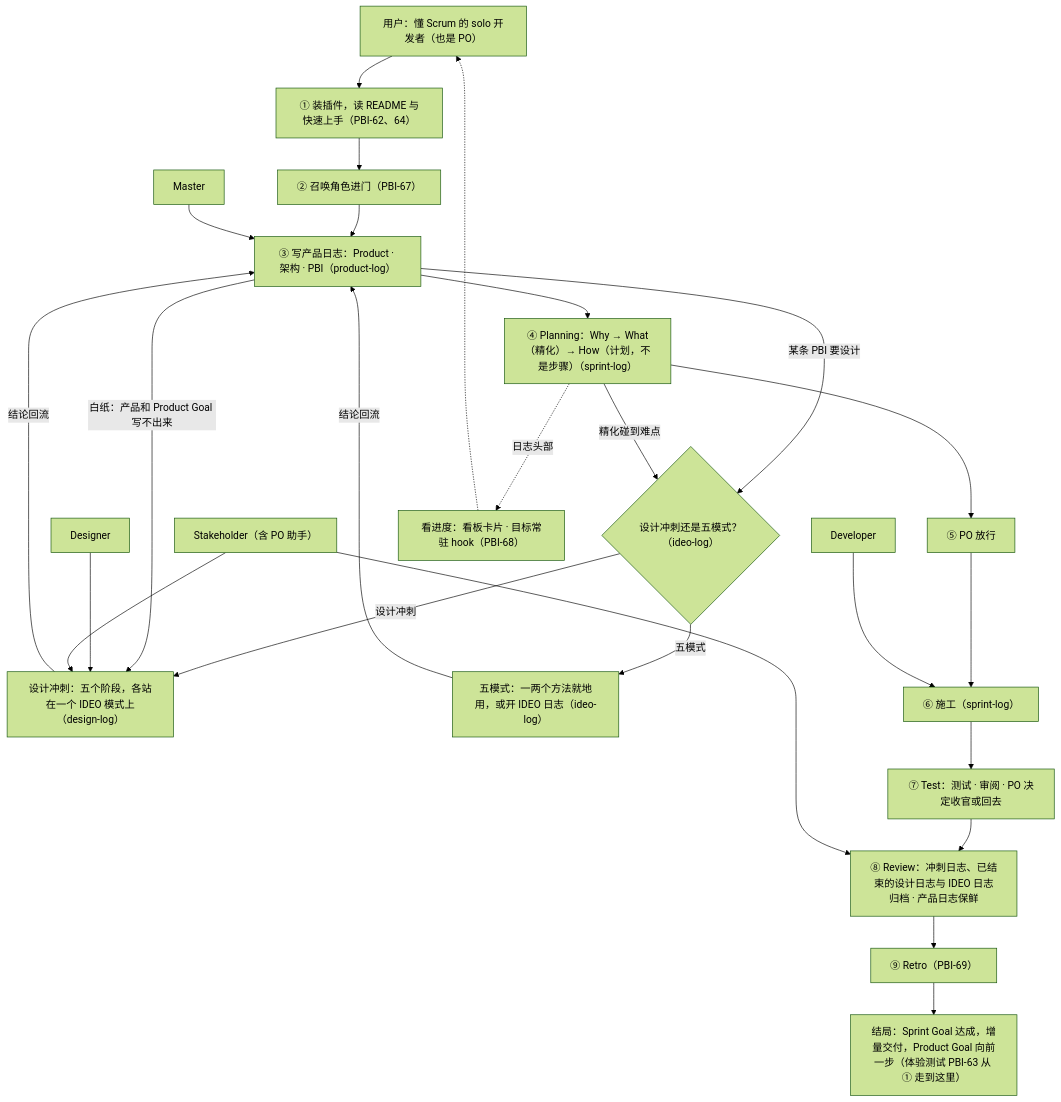
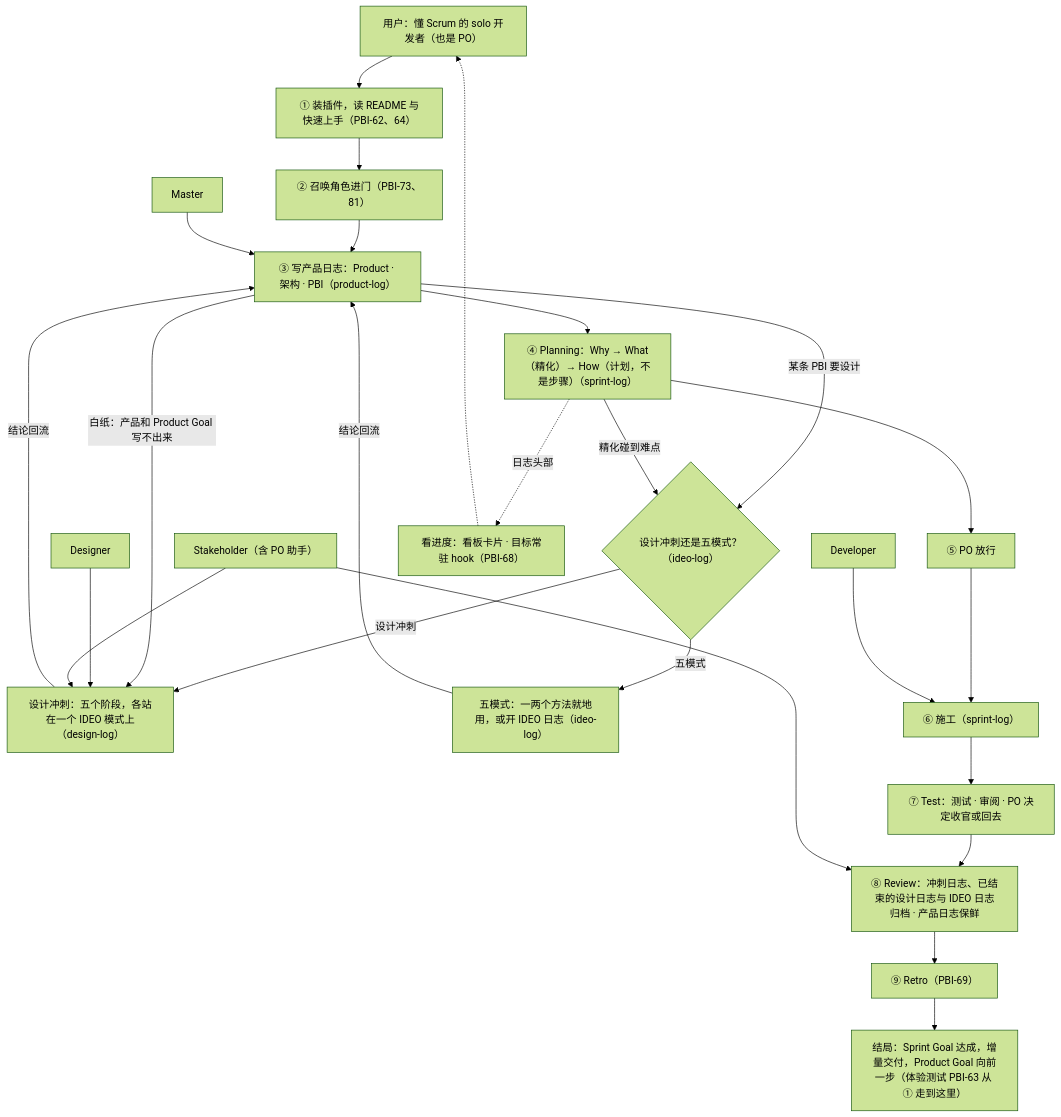
Before and after one commit to seapawn1/IDEO-Scrum: the diagram in scrum/ProductBacklog.md, drawn with Mermaid (forest theme). The commit also changed other lines of this file and 2 other files, not shown here.

````diff
--- a/scrum/ProductBacklog.md
+++ b/scrum/ProductBacklog.md
@@ -71,32 +71,32 @@
 ```mermaid
 flowchart TD
     U["用户：懂 Scrum 的 solo 开发者（也是 PO）"]
     M["Master"]
     D["Developer"]
     G["Designer"]
     S["Stakeholder（含 PO 助手）"]
     U --> A["① 装插件，读 README 与快速上手（PBI-62、64）"]
-    A --> A2["② 召唤角色进门（PBI-67）"]
+    A --> A2["② 召唤角色进门（PBI-73、81）"]
     A2 --> B["③ 写产品日志：Product · 架构 · PBI（product-log）"]
     M --> B
     B --> C["④ Planning：Why → What（精化）→ How（计划，不是步骤）（sprint-log）"]
     B -- "某条 PBI 要设计" --> X0{"设计冲刺还是五模式？（ideo-log）"}
     X0 -- "设计冲刺" --> X["设计冲刺：五个阶段，各站在一个 IDEO 模式上（design-log）"]
     X0 -- "五模式" --> I["五模式：一两个方法就地用，或开 IDEO 日志（ideo-log）"]
     B -- "白纸：产品和 Product Goal 写不出来" --> X
     C -- "精化碰到难点" --> X0
     G --> X
     S --> X
     X -- "结论回流" --> B
     I -- "结论回流" --> B
     C --> P["⑤ PO 放行"]
     P --> W["⑥ 施工（sprint-log）"]
     D --> W
     W --> R["⑦ Test：测试 · 审阅 · PO 决定收官或回去"]
     R --> V["⑧ Review：冲刺日志、已结束的设计日志与 IDEO 日志归档 · 产品日志保鲜"]
     S --> V
     V --> T["⑨ Retro（PBI-69）"]
     T --> E["结局：Sprint Goal 达成，增量交付，Product Goal 向前一步（体验测试 PBI-63 从 ① 走到这里）"]
     C -. "日志头部" .-> K["看进度：看板卡片 · 目标常驻 hook（PBI-68）"]
     K -.-> U
 ```
````
